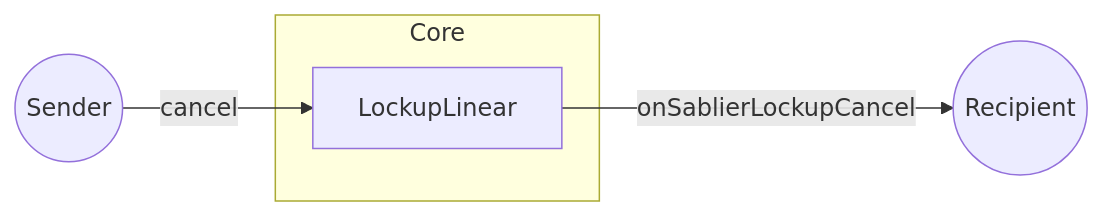
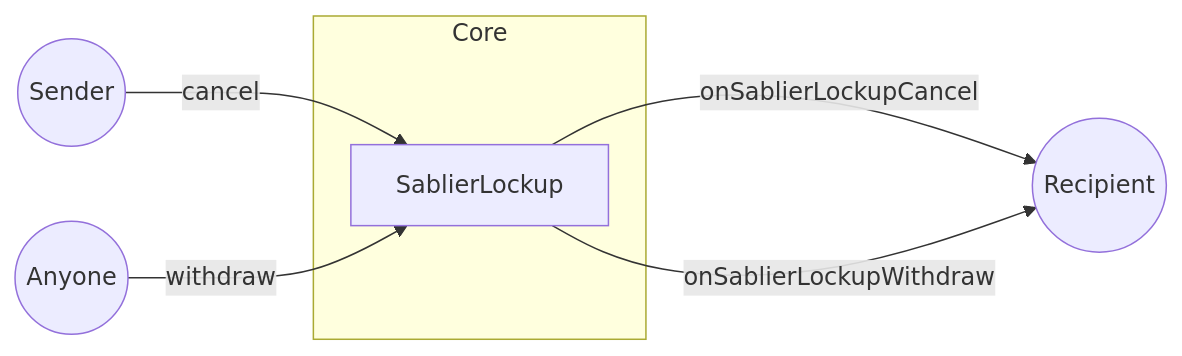
One commit to sablier-labs/docs changed the diagram in docs/concepts/protocol/09-hooks.md. Above: the diagram before and after it, drawn with Mermaid. The commit also changed other lines of this file and 10 other files, not shown here.

````diff
--- a/docs/concepts/protocol/09-hooks.md
+++ b/docs/concepts/protocol/09-hooks.md
@@ -40,10 +40,13 @@
 ```mermaid
 flowchart LR
   S((Sender))
+  A((Anyone))
   subgraph Core
-    LL[LockupLinear]
+    LL[SablierLockup]
   end
   R((Recipient))
   S -- "cancel" --> LL
   LL -- "onSablierLockupCancel" --> R
+  A -- "withdraw" --> LL
+  LL -- "onSablierLockupWithdraw" --> R
 ```
````
